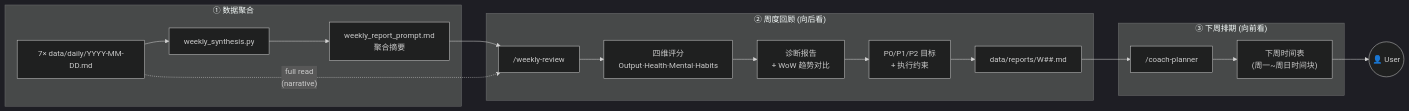
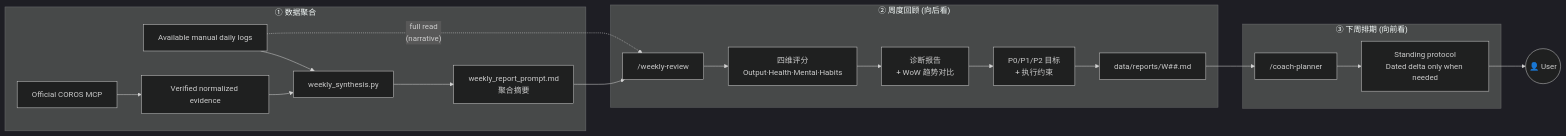
One commit to KelvinYou/personal-os changed the third of 7 diagrams in ARCHITECTURE.md. Above: the diagram before and after it, drawn with Mermaid (dark theme). The commit also changed other lines of this file and 19 other files, not shown here.

Commit message:
docs: update architecture, workflow SOP, roadmap and correction queue

````diff
--- a/ARCHITECTURE.md
+++ b/ARCHITECTURE.md
@@ -121,23 +108,24 @@
 ```mermaid
 graph LR
     subgraph Collect ["① 数据聚合"]
-        D["7× data/daily/YYYY-MM-DD.md"] --> WS["weekly_synthesis.py"]
+        D["Available manual daily logs"] --> WS["weekly_synthesis.py"]
+        MCP["Official COROS MCP"] --> E["Verified normalized evidence"] --> WS
         WS --> PROMPT["weekly_report_prompt.md<br/>聚合摘要"]
     end
 
     subgraph Review ["② 周度回顾 (向后看)"]
         PROMPT --> WR["/weekly-review"]
         WR --> SCORE["四维评分<br/>Output·Health·Mental·Habits"]
         SCORE --> DIAG["诊断报告<br/>+ WoW 趋势对比"]
         DIAG --> OBJ["P0/P1/P2 目标<br/>+ 执行约束"]
         OBJ --> RPT["data/reports/W##.md"]
     end
 
     subgraph Plan ["③ 下周排期 (向前看)"]
         RPT --> CP["/coach-planner"]
-        CP --> TT["下周时间表<br/>(周一~周日时间块)"]
+        CP --> TT["Standing protocol<br/>Dated delta only when needed"]
     end
 
     D -. "full read<br/>(narrative)" .-> WR
     TT --> User((👤 User))
 ```
````
